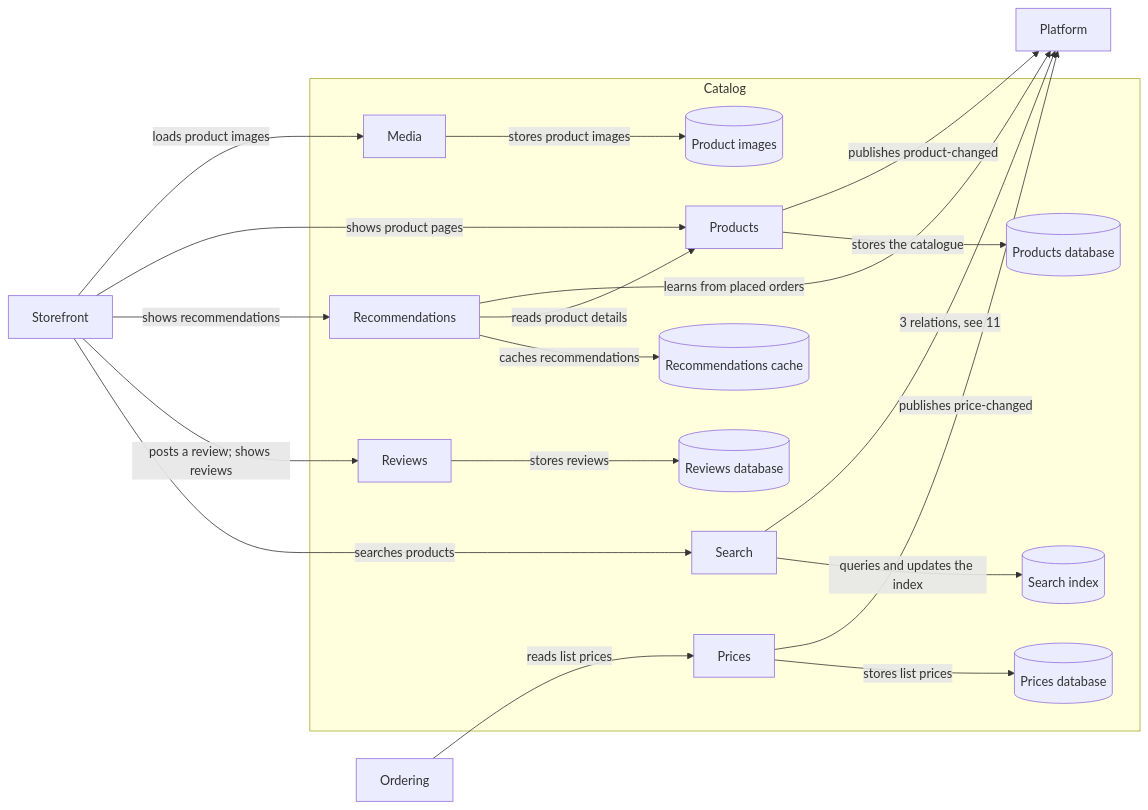
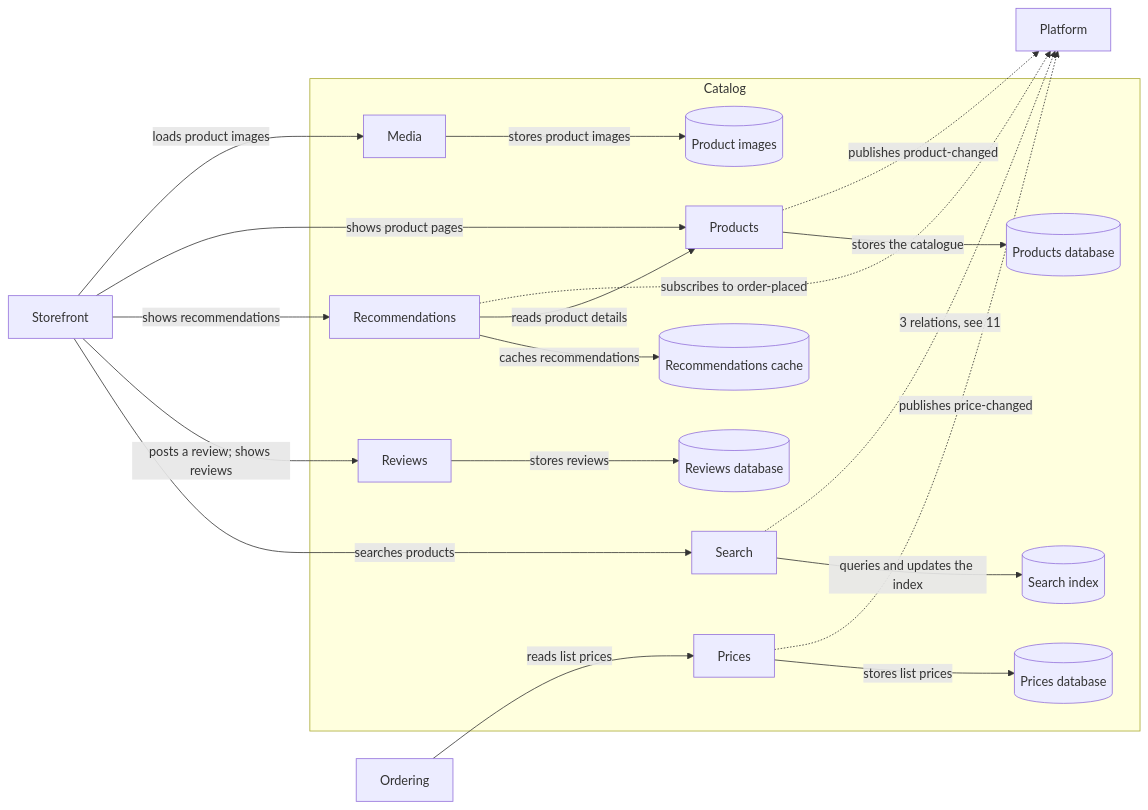
The diagram in examples/reference-system/views/mermaid/catalog.md (shady2k/madarch), drawn with Mermaid before and after one commit. The commit also changed 28 other files, not shown here.

````diff
--- a/examples/reference-system/views/mermaid/catalog.md
+++ b/examples/reference-system/views/mermaid/catalog.md
@@ -3,37 +3,37 @@
 ```mermaid
 flowchart LR
   subgraph catalog ["Catalog"]
     media_api["Media"]
     media_bucket[("Product images")]
     prices_api["Prices"]
     prices_db[("Prices database")]
     products_api["Products"]
     products_db[("Products database")]
     recommendations_api["Recommendations"]
     recommendations_cache[("Recommendations cache")]
     reviews_api["Reviews"]
     reviews_db[("Reviews database")]
     search_api["Search"]
     search_index[("Search index")]
   end
   ordering["Ordering"]
   platform["Platform"]
   storefront["Storefront"]
   media_api -->|"stores product images"| media_bucket
   ordering -->|"reads list prices"| prices_api
-  prices_api -->|"publishes price-changed"| platform
+  prices_api -.->|"publishes price-changed"| platform
   prices_api -->|"stores list prices"| prices_db
-  products_api -->|"publishes product-changed"| platform
+  products_api -.->|"publishes product-changed"| platform
   products_api -->|"stores the catalogue"| products_db
-  recommendations_api -->|"learns from placed orders"| platform
+  recommendations_api -.->|"subscribes to order-placed"| platform
   recommendations_api -->|"reads product details"| products_api
   recommendations_api -->|"caches recommendations"| recommendations_cache
   reviews_api -->|"stores reviews"| reviews_db
-  search_api -->|"3 relations, see 11"| platform
+  search_api -.->|"3 relations, see 11"| platform
   search_api -->|"queries and updates the index"| search_index
   storefront -->|"loads product images"| media_api
   storefront -->|"shows product pages"| products_api
   storefront -->|"shows recommendations"| recommendations_api
   storefront -->|"posts a review; shows reviews"| reviews_api
   storefront -->|"searches products"| search_api
 ```
````
